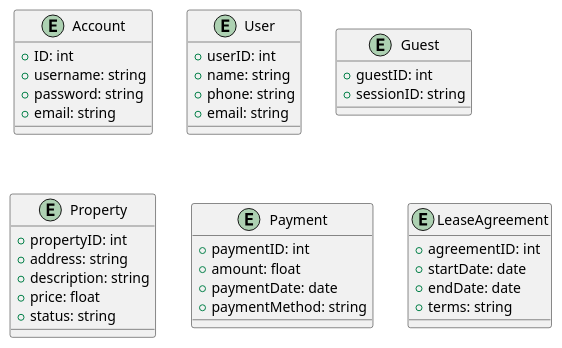
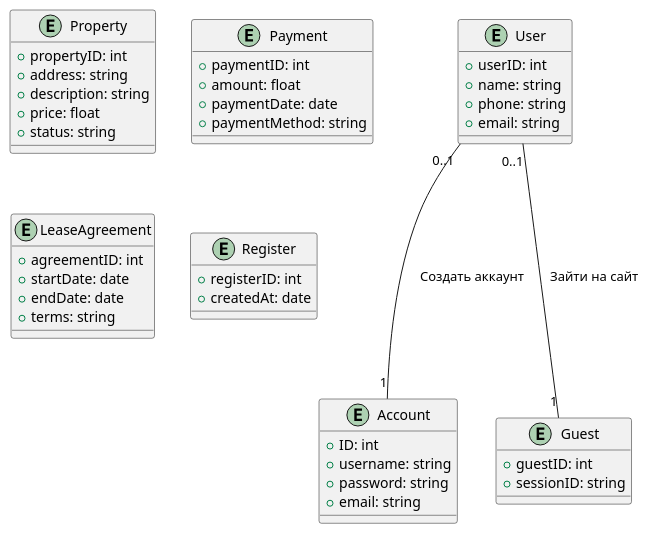
One commit to penamarth/bsbo-01-22_team4_var8 changed the diagram in Domain_model.md. Above: the diagram before and after it, drawn with PlantUML.

Commit message:
Update Domain_Model

````diff
--- a/Domain_model.md
+++ b/Domain_model.md
@@ -1,45 +1,53 @@
 ```plantuml
 @startuml
 entity Account {
     +ID: int
     +username: string
     +password: string
     +email: string
 }
 
 entity User {
     +userID: int
     +name: string
     +phone: string
     +email: string
 }
 
 entity Guest {
     +guestID: int
     +sessionID: string
 }
 
 entity Property {
     +propertyID: int
     +address: string
     +description: string
     +price: float
     +status: string
 }
 
 entity Payment {
     +paymentID: int
     +amount: float
     +paymentDate: date
     +paymentMethod: string
 }
 
 entity LeaseAgreement {
     +agreementID: int
     +startDate: date
     +endDate: date
     +terms: string
 }
 
+entity Register {
+    +registerID: int
+    +createdAt: date
+}
+
+User "0..1" -down-- "1" Account : Создать аккаунт
+User "0..1" -down-- "1" Guest : Зайти на сайт
+
 @enduml
 ```
````
